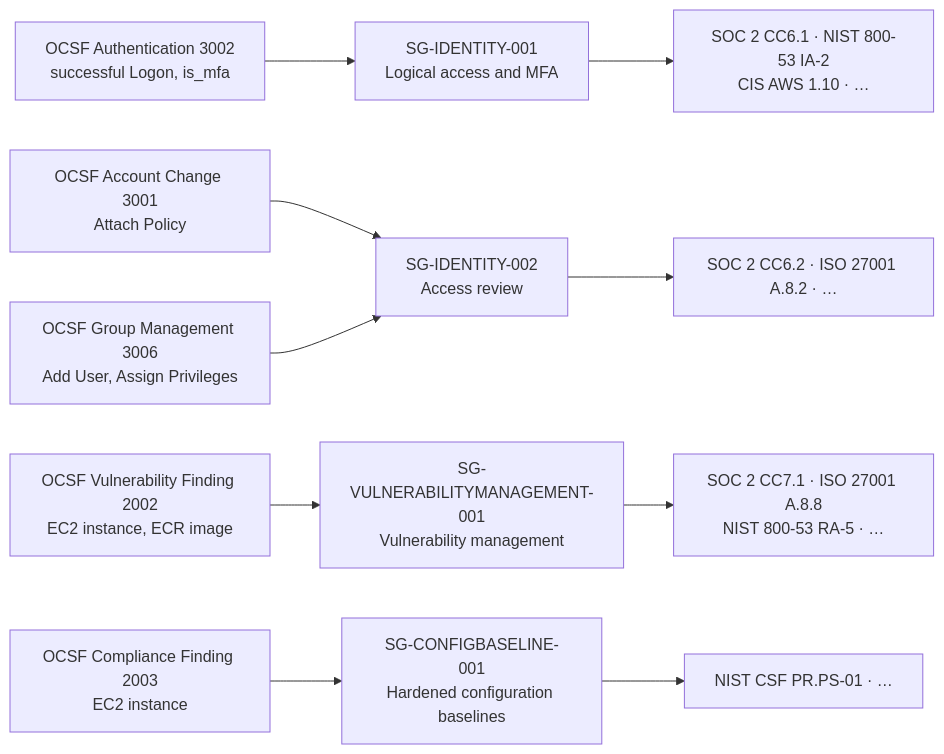
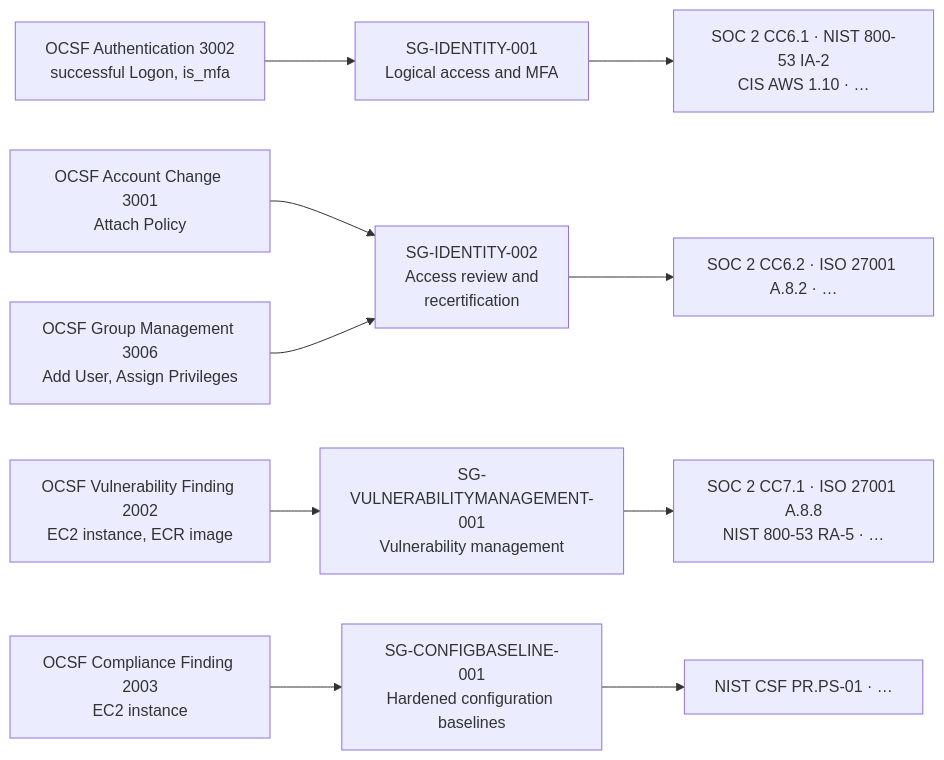
One commit to koda-ai-studio/grc-lake changed the second of 2 diagrams in README.md. Above: the diagram before and after it, drawn with Mermaid. The commit also changed other lines of this file and 27 other files, not shown here.

Commit message:
fix(console): align CCF names and improve graph navigation (#1225)

````diff
--- a/README.md
+++ b/README.md
@@ -231,12 +237,12 @@
 ```mermaid
 flowchart LR
   A["OCSF Authentication 3002<br/>successful Logon, is_mfa"] --> S1["SG-IDENTITY-001<br/>Logical access and MFA"]
-  B["OCSF Account Change 3001<br/>Attach Policy"] --> S2["SG-IDENTITY-002<br/>Access review"]
+  B["OCSF Account Change 3001<br/>Attach Policy"] --> S2["SG-IDENTITY-002<br/>Access review and<br/>recertification"]
   G["OCSF Group Management 3006<br/>Add User, Assign Privileges"] --> S2
   V["OCSF Vulnerability Finding 2002<br/>EC2 instance, ECR image"] --> S3["SG-VULNERABILITYMANAGEMENT-001<br/>Vulnerability management"]
   C["OCSF Compliance Finding 2003<br/>EC2 instance"] --> S4["SG-CONFIGBASELINE-001<br/>Hardened configuration baselines"]
   S1 --> R1["SOC 2 CC6.1 · NIST 800-53 IA-2<br/>CIS AWS 1.10 · …"]
   S2 --> R2["SOC 2 CC6.2 · ISO 27001 A.8.2 · …"]
   S3 --> R3["SOC 2 CC7.1 · ISO 27001 A.8.8<br/>NIST 800-53 RA-5 · …"]
   S4 --> R4["NIST CSF PR.PS-01 · …"]
 ```
````
